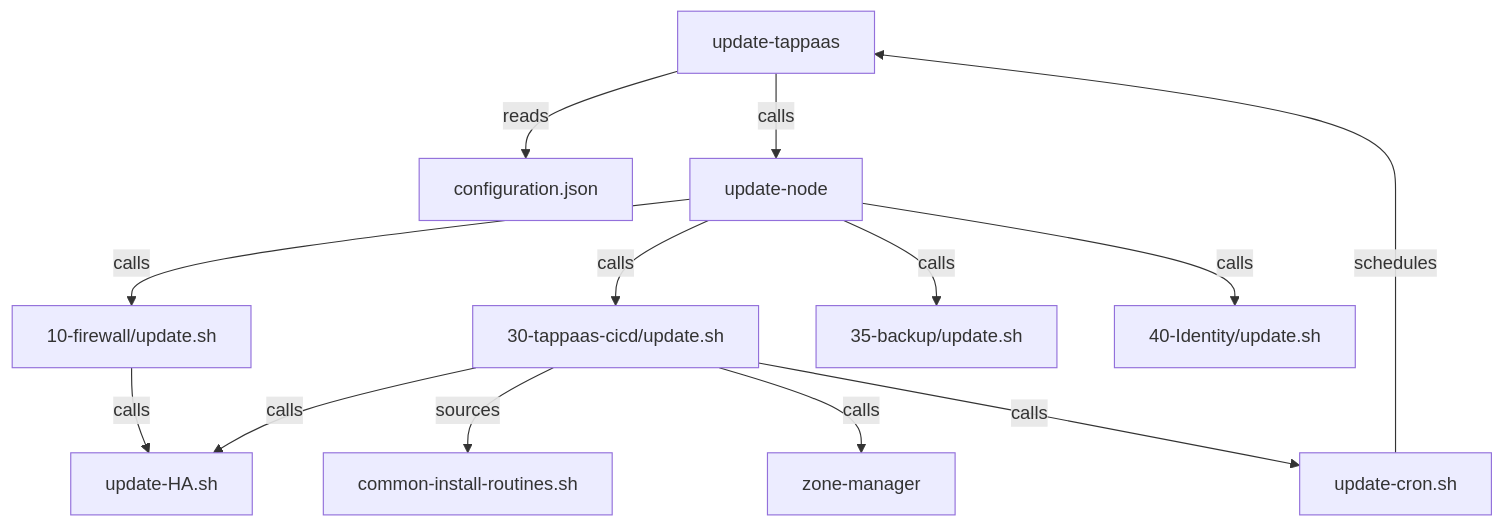
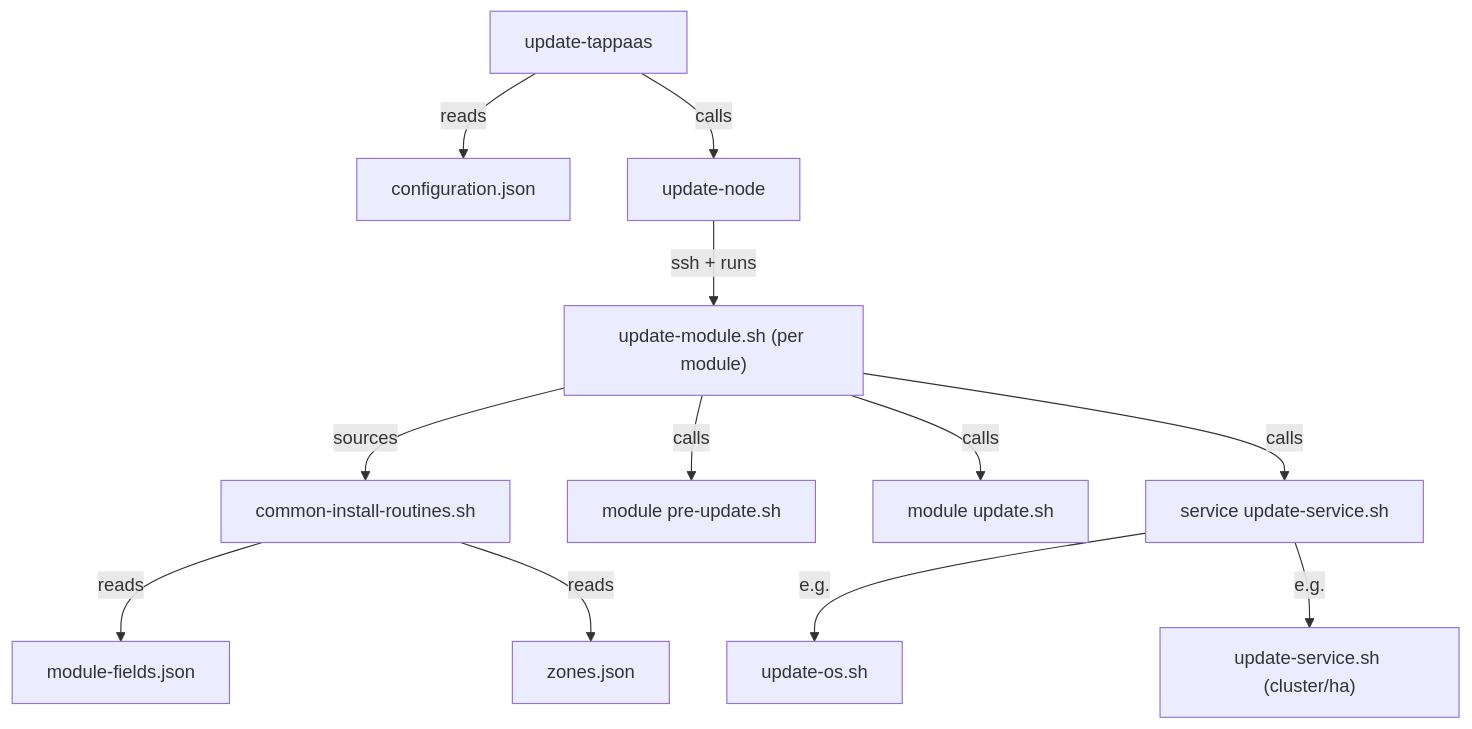
Before and after one commit to TAPPaaS/TAPPaaS: the second of 8 diagrams in src/foundation/DEPENDENCIES.md, drawn with Mermaid. The commit also changed other lines of this file and 17 other files, not shown here.

````diff
--- a/src/foundation/DEPENDENCIES.md
+++ b/src/foundation/DEPENDENCIES.md
@@ -111,19 +96,18 @@
 ```mermaid
 graph TD
     A[update-tappaas] -->|reads| B[configuration.json]
     A -->|calls| C[update-node]
 
-    C -->|calls| D[10-firewall/update.sh]
-    C -->|calls| E[30-tappaas-cicd/update.sh]
-    C -->|calls| F[35-backup/update.sh]
-    C -->|calls| G[40-Identity/update.sh]
+    C -->|"ssh + runs"| D["update-module.sh (per module)"]
 
-    D -->|calls| H[update-HA.sh]
+    D -->|sources| E[common-install-routines.sh]
+    D -->|calls| F["module pre-update.sh"]
+    D -->|calls| G["module update.sh"]
+    D -->|calls| H["service update-service.sh"]
 
-    E -->|sources| I[common-install-routines.sh]
-    E -->|calls| J[zone-manager]
-    E -->|calls| H
-    E -->|calls| K[update-cron.sh]
+    H -->|e.g.| I[update-os.sh]
+    H -->|e.g.| J["update-service.sh (cluster/ha)"]
 
-    K -->|schedules| A
+    E -->|reads| K[module-fields.json]
+    E -->|reads| L[zones.json]
 ```
````
